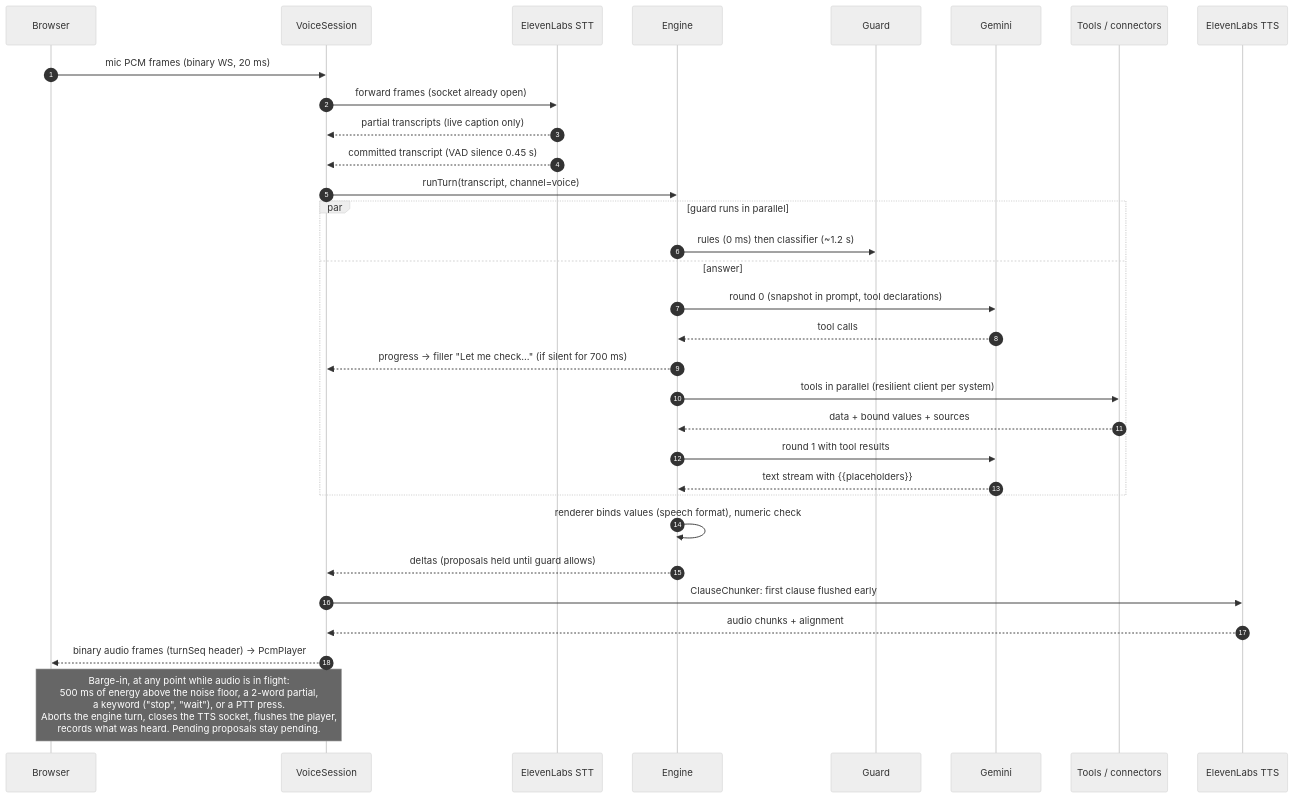
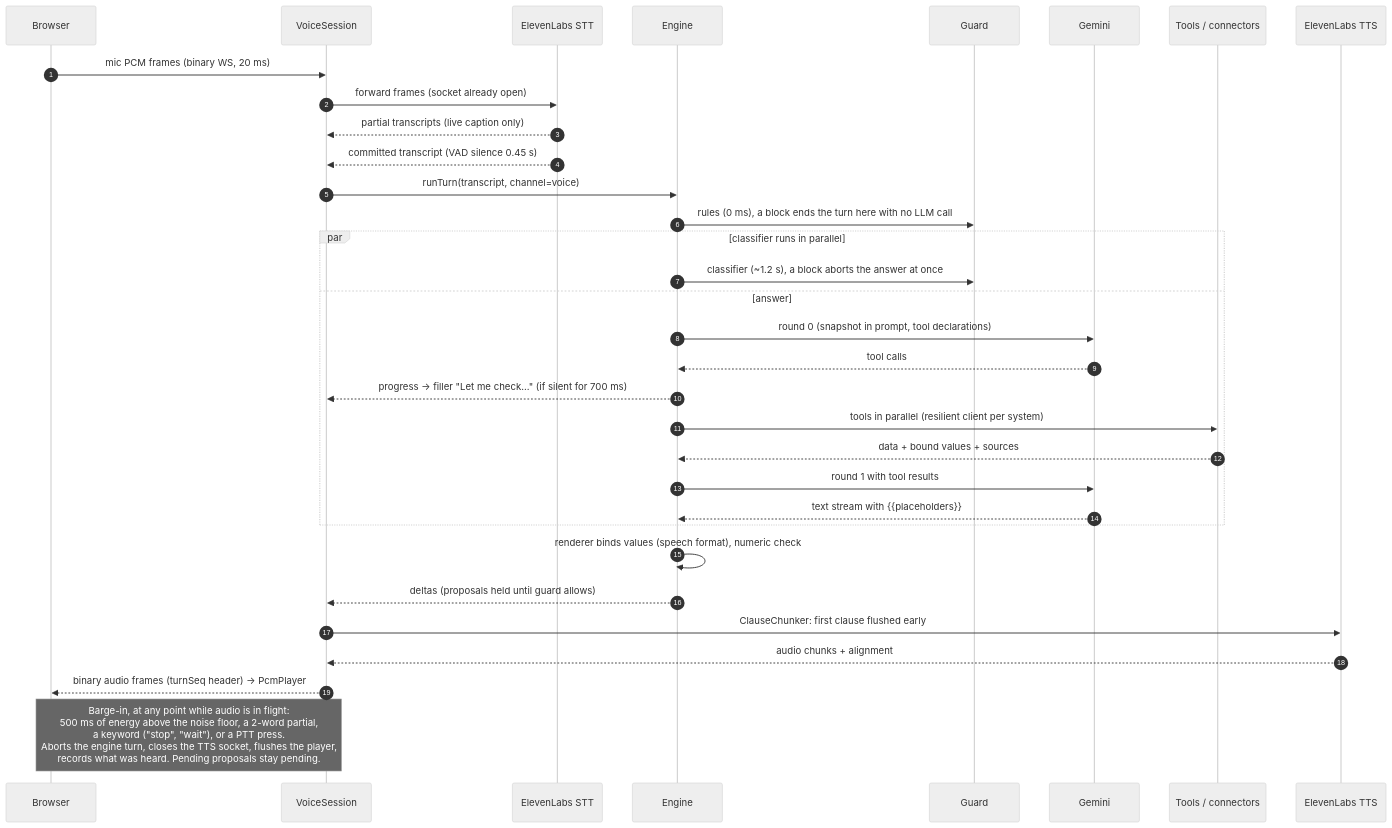
One commit to RiskyAV/agentic-ivr changed the second of 2 diagrams in docs/ARCHITECTURE.md. Above: the diagram before and after it, drawn with Mermaid (neutral theme). The commit also changed other lines of this file and 5 other files, not shown here.

````diff
--- a/docs/ARCHITECTURE.md
+++ b/docs/ARCHITECTURE.md
@@ -98,35 +98,36 @@
 ```mermaid
 sequenceDiagram
   autonumber
   participant B as Browser
   participant V as VoiceSession
   participant S as ElevenLabs STT
   participant E as Engine
   participant G as Guard
   participant L as Gemini
   participant T as Tools / connectors
   participant X as ElevenLabs TTS
 
   B->>V: mic PCM frames (binary WS, 20 ms)
   V->>S: forward frames (socket already open)
   S-->>V: partial transcripts (live caption only)
   S-->>V: committed transcript (VAD silence 0.45 s)
   V->>E: runTurn(transcript, channel=voice)
-  par guard runs in parallel
-    E->>G: rules (0 ms) then classifier (~1.2 s)
+  E->>G: rules (0 ms), a block ends the turn here with no LLM call
+  par classifier runs in parallel
+    E->>G: classifier (~1.2 s), a block aborts the answer at once
   and answer
     E->>L: round 0 (snapshot in prompt, tool declarations)
     L-->>E: tool calls
     E-->>V: progress → filler "Let me check…" (if silent for 700 ms)
     E->>T: tools in parallel (resilient client per system)
     T-->>E: data + bound values + sources
     E->>L: round 1 with tool results
     L-->>E: text stream with {{placeholders}}
   end
   E->>E: renderer binds values (speech format), numeric check
   E-->>V: deltas (proposals held until guard allows)
   V->>X: ClauseChunker: first clause flushed early
   X-->>V: audio chunks + alignment
   V-->>B: binary audio frames (turnSeq header) → PcmPlayer
   Note over B,V: Barge-in, at any point while audio is in flight:<br/>500 ms of energy above the noise floor, a 2-word partial,<br/>a keyword ("stop", "wait"), or a PTT press.<br/>Aborts the engine turn, closes the TTS socket, flushes the player,<br/>records what was heard. Pending proposals stay pending.
 ```
````
